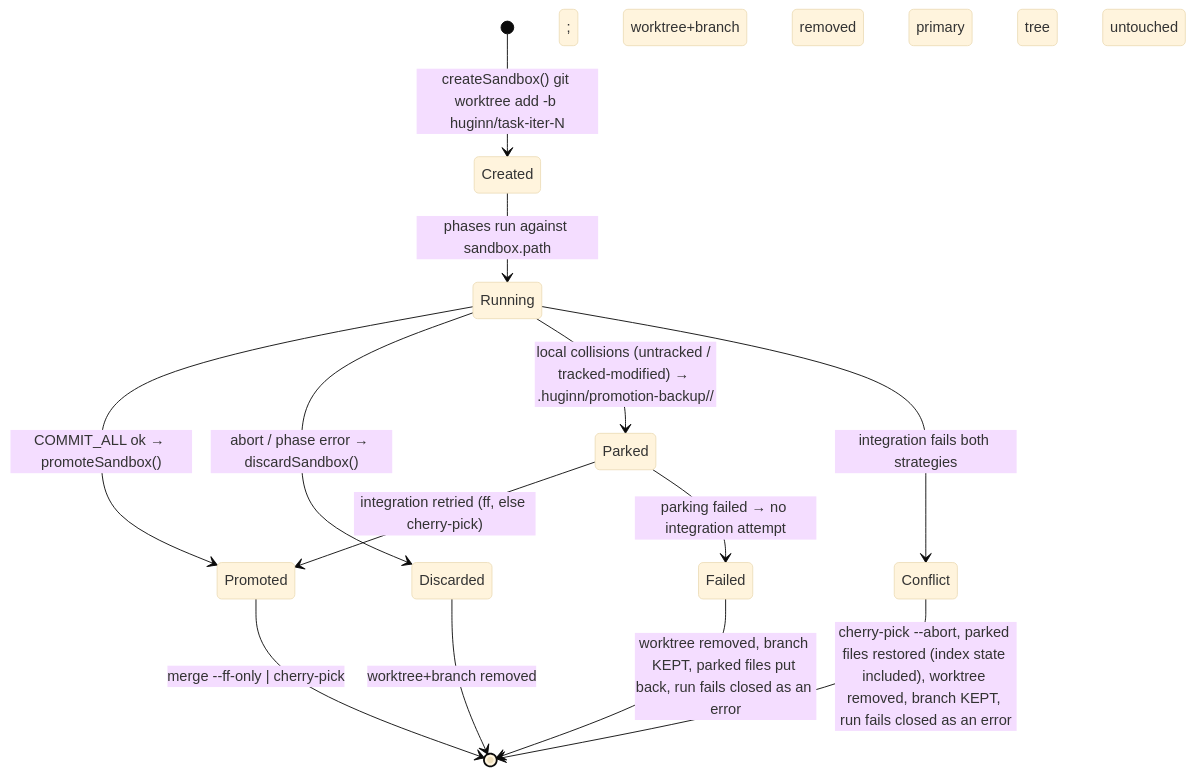
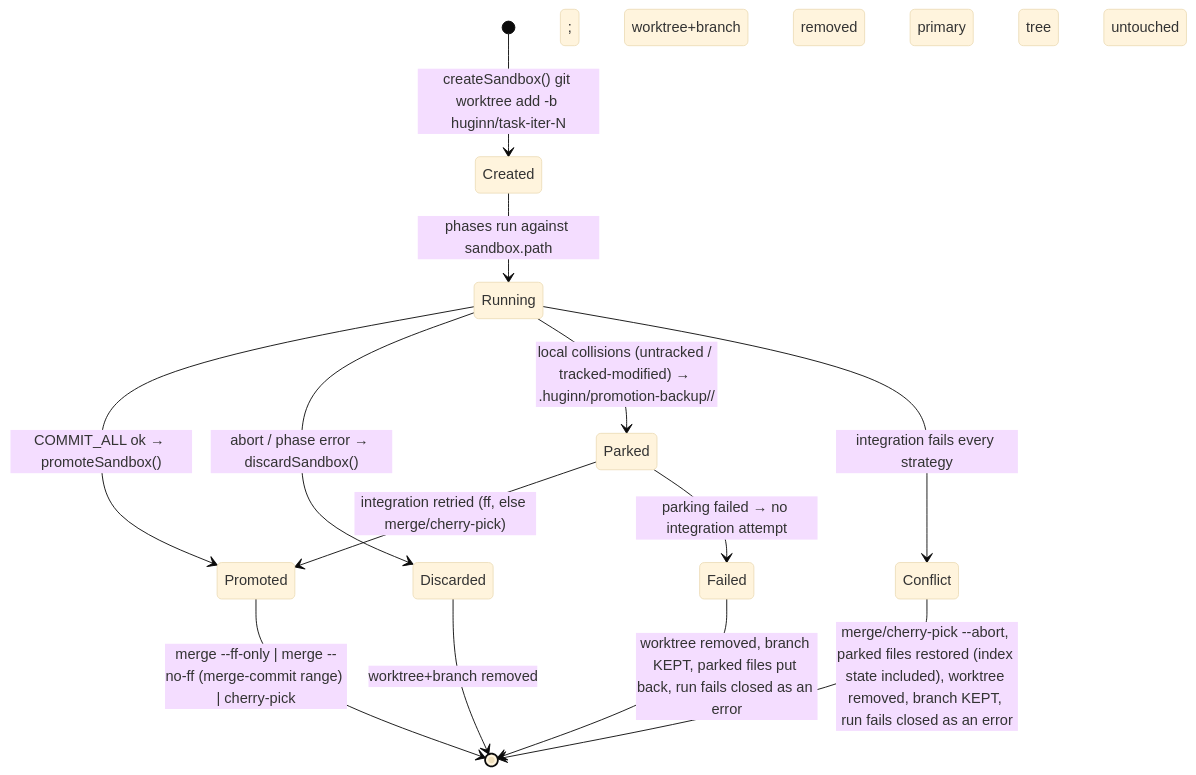
Before and after one commit to dahch/huginn: the tenth of 26 diagrams in DESIGN.md, drawn with Mermaid (base theme). The commit also changed other lines of this file and 9 other files, not shown here.

````diff
--- a/DESIGN.md
+++ b/DESIGN.md
@@ -935,15 +935,15 @@
 ```mermaid
 stateDiagram-v2
     [*] --> Created: createSandbox() git worktree add -b huginn/task-iter-N
     Created --> Running: phases run against sandbox.path
     Running --> Promoted: COMMIT_ALL ok → promoteSandbox()
     Running --> Discarded: abort / phase error → discardSandbox()
-    Promoted --> [*]: merge --ff-only | cherry-pick; worktree+branch removed
+    Promoted --> [*]: merge --ff-only | merge --no-ff (merge-commit range) | cherry-pick; worktree+branch removed
     Discarded --> [*]: worktree+branch removed; primary tree untouched
     Running --> Parked: local collisions (untracked / tracked-modified) → .huginn/promotion-backup/<stamp>/
-    Parked --> Promoted: integration retried (ff, else cherry-pick)
+    Parked --> Promoted: integration retried (ff, else merge/cherry-pick)
     Parked --> Failed: parking failed → no integration attempt
-    Running --> Conflict: integration fails both strategies
-    Conflict --> [*]: cherry-pick --abort, parked files restored (index state included), worktree removed, branch KEPT, run fails closed as an error
+    Running --> Conflict: integration fails every strategy
+    Conflict --> [*]: merge/cherry-pick --abort, parked files restored (index state included), worktree removed, branch KEPT, run fails closed as an error
     Failed --> [*]: worktree removed, branch KEPT, parked files put back, run fails closed as an error
 ```
````
